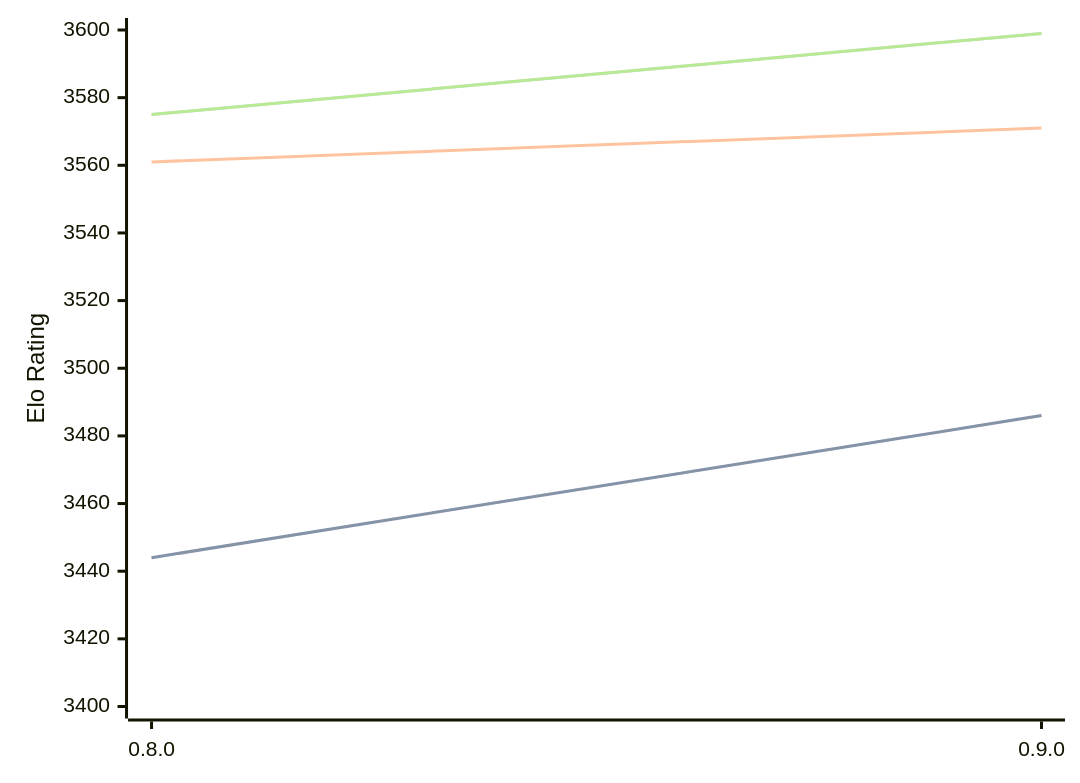
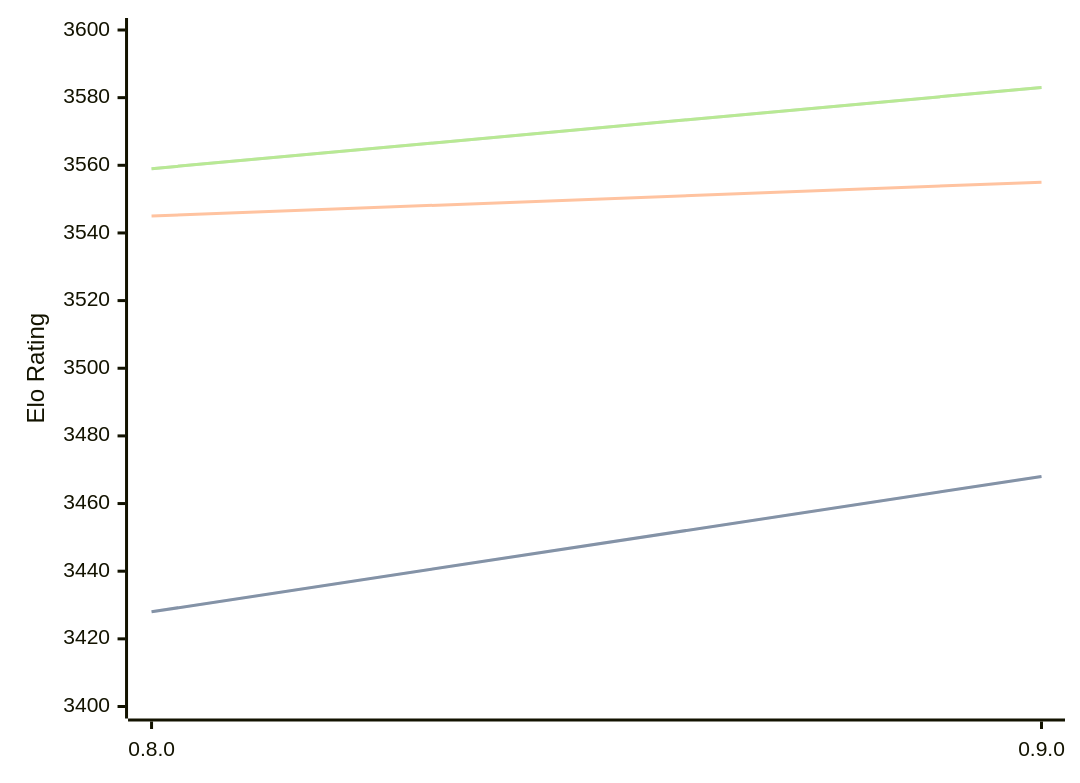
The diagram in engines/Reckless.md (computer-chess-index/cci), drawn with Mermaid before and after one commit. The commit also changed other lines of this file, not shown here.

Commit message:
Update CCI Ratings (ELO VLTC) - 2026-05-20

````diff
--- a/engines/Reckless.md
+++ b/engines/Reckless.md
@@ -39,11 +39,11 @@
 ```mermaid
 %%{init: {"theme":"base","themeVariables":{"seriesColors:['#a3a3a3','#222221','#faa371']}}}%%
 xychart-beta
   x-axis ["0.8.0", "0.9.0"]
   y-axis "Elo Rating" 3400 --> 3600
-  line "STC (8.0+0.08s)" [3444, 3486]
-  line "STC (8.0+0.08s)" [3444, 3486]
-  line "LTC (60.0+0.60s)" [3561, 3571]
-  line "VLTC (2m24s+1.12s)" [3575, 3599]
-  line "VLTC (2m24s+1.12s)" [3575, 3599]
+  line "STC (8.0+0.08s)" [3428, 3468]
+  line "STC (8.0+0.08s)" [3428, 3468]
+  line "LTC (60.0+0.60s)" [3545, 3555]
+  line "VLTC (2m24s+1.12s)" [3559, 3583]
+  line "VLTC (2m24s+1.12s)" [3559, 3583]
 ```
````
